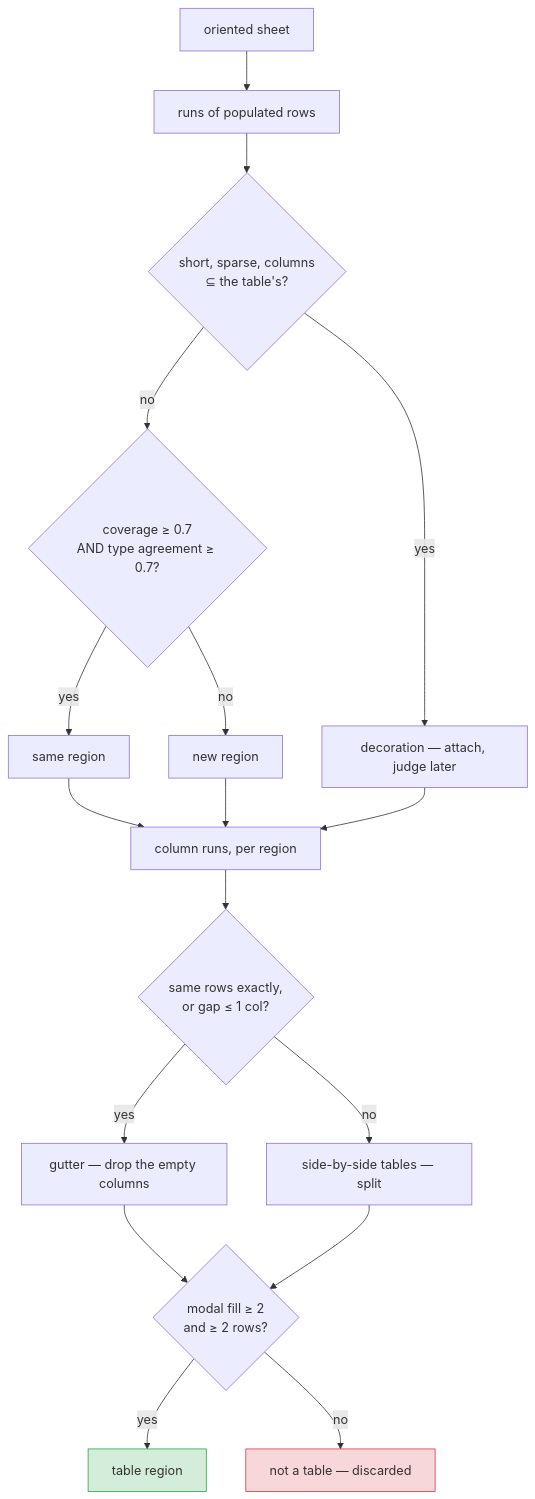
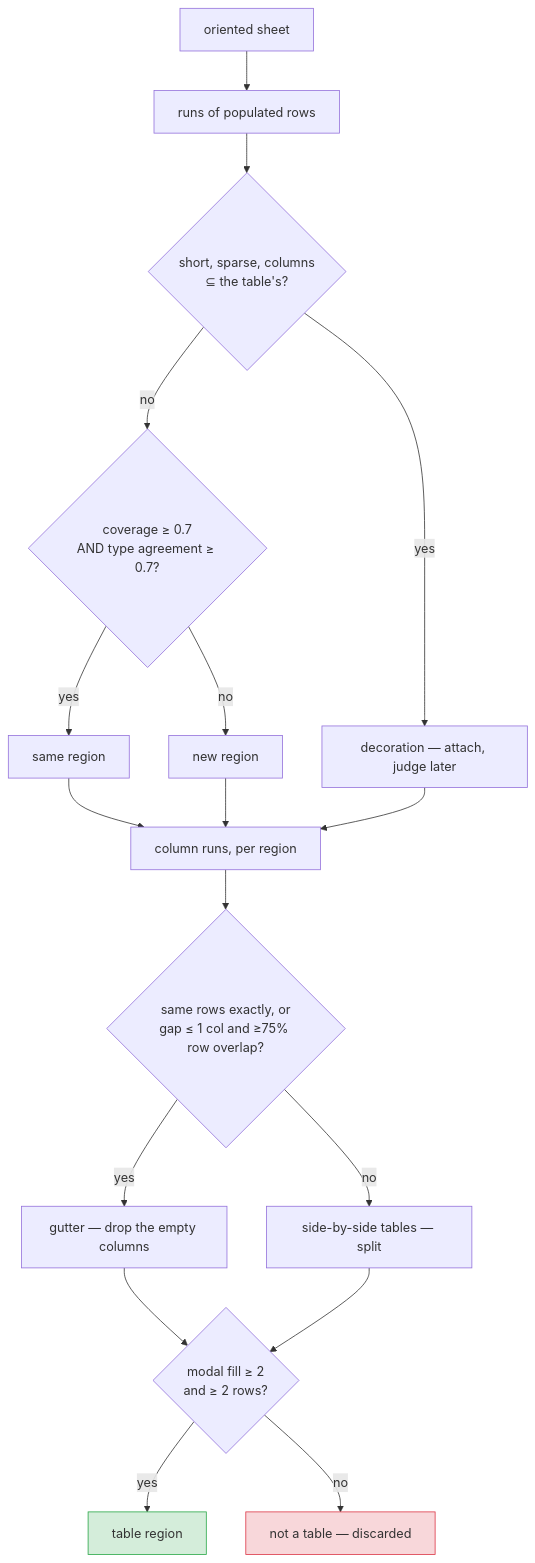
One commit to rahul-neogi-exavalu/Dirty_excel_cleaner changed the second of 3 diagrams in ARCHITECTURE.md. Above: the diagram before and after it, drawn with Mermaid. The commit also changed other lines of this file and 18 other files, not shown here.

````diff
--- a/ARCHITECTURE.md
+++ b/ARCHITECTURE.md
@@ -178,22 +150,22 @@
 ```mermaid
 flowchart TD
     S["oriented sheet"] --> RR["runs of populated rows"]
     RR --> J{"short, sparse, columns<br/>⊆ the table's?"}
     J -->|yes| ATT["decoration — attach, judge later"]
     J -->|no| CV{"coverage ≥ 0.7<br/>AND type agreement ≥ 0.7?"}
     CV -->|yes| SAME["same region"]
     CV -->|no| NEW["new region"]
     SAME --> CS["column runs, per region"]
     NEW --> CS
     ATT --> CS
-    CS --> EX{"same rows exactly,<br/>or gap ≤ 1 col?"}
+    CS --> EX{"same rows exactly, or<br/>gap ≤ 1 col and ≥75% row overlap?"}
     EX -->|yes| GUT["gutter — drop the empty columns"]
     EX -->|no| SPLIT["side-by-side tables — split"]
     GUT --> F{"modal fill ≥ 2<br/>and ≥ 2 rows?"}
     SPLIT --> F
     F -->|yes| REG["table region"]
     F -->|no| REJ["not a table — discarded"]
 
     style REG fill:#d4edda,stroke:#28a745
     style REJ fill:#f8d7da,stroke:#dc3545
 ```
````
